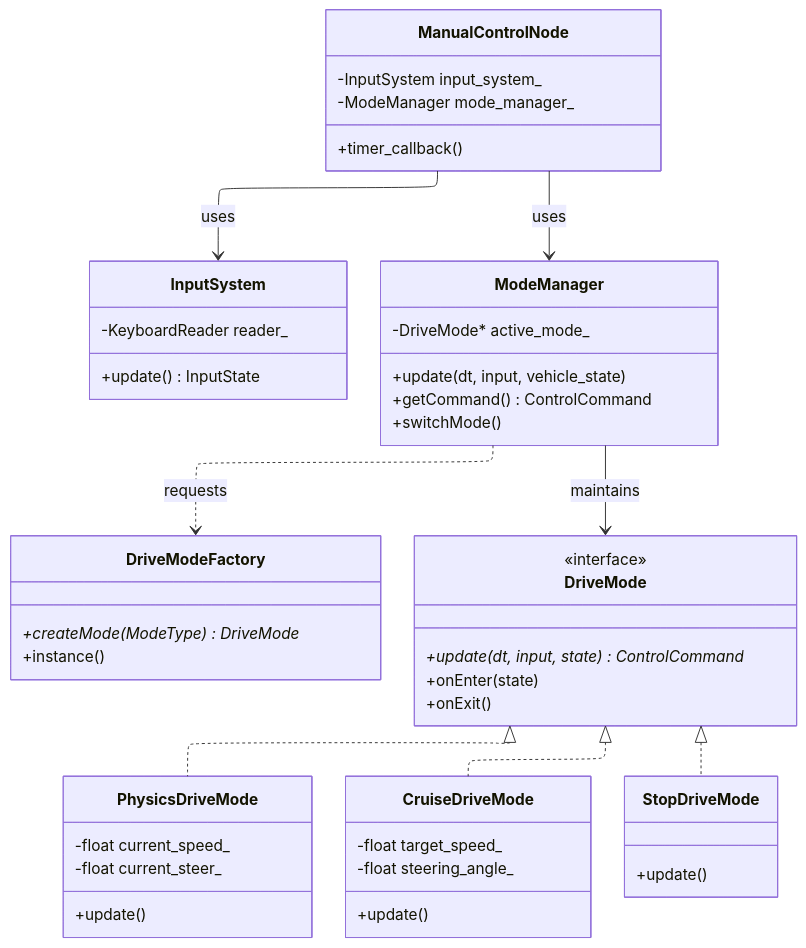
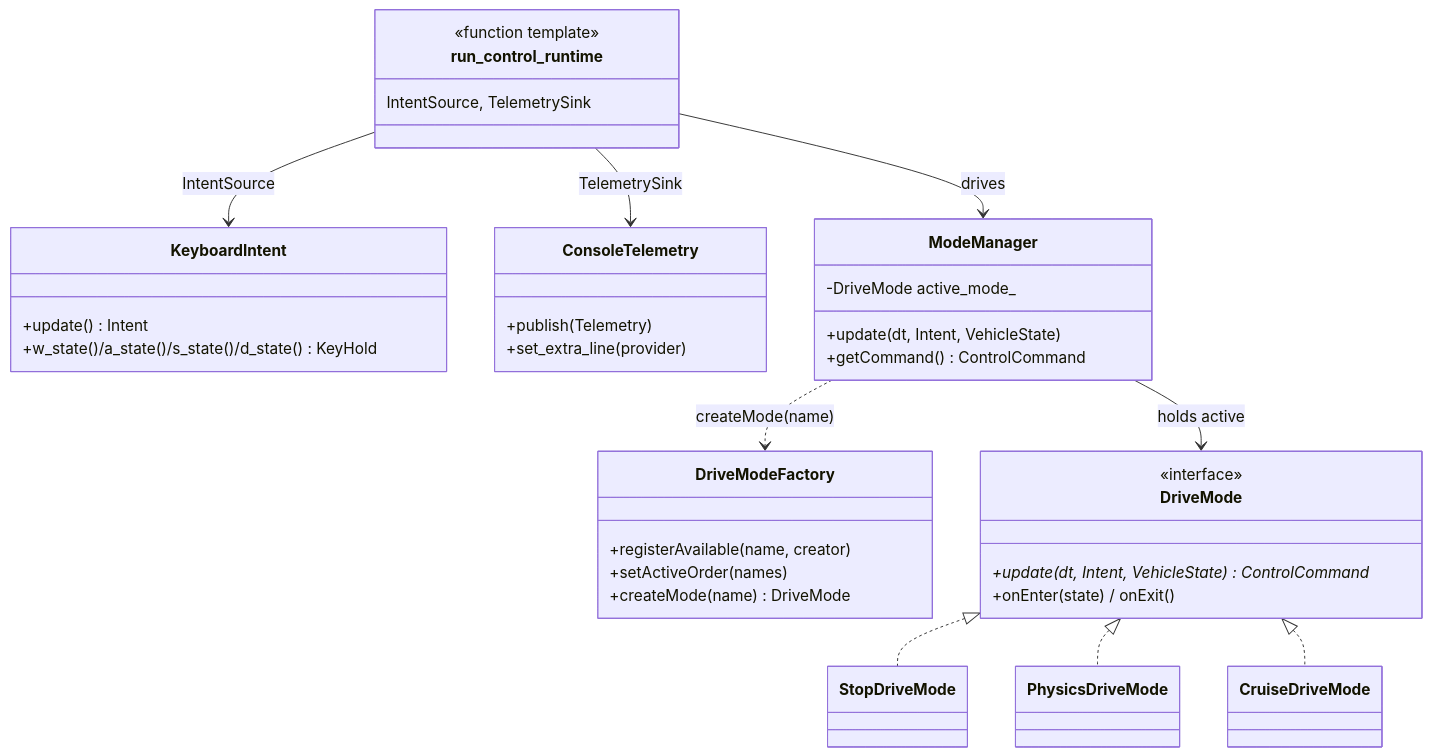
One commit to evshary/autoware_manual_control changed the second of 2 diagrams in README.md. Above: the diagram before and after it, drawn with Mermaid. The commit also changed other lines of this file and 23 other files, not shown here.

First line of the commit message:
feat: config-driven modes, operator-mode control, and a intent-telemetry layer (#10)

````diff
--- a/README.md
+++ b/README.md
@@ -176,64 +194,42 @@
 ```mermaid
----
-config:
-  layout: elk
----
 classDiagram
-    %% Core Components
-    class ManualControlNode {
-        -InputSystem input_system_
-        -ModeManager mode_manager_
-        +timer_callback()
+    class run_control_runtime {
+        <<function template>>
+        IntentSource, TelemetrySink
     }
-
-    class InputSystem {
-        -KeyboardReader reader_
-        +update() InputState
+    class KeyboardIntent {
+        +update() Intent
+        +w_state()/a_state()/s_state()/d_state() KeyHold
     }
-
+    class ConsoleTelemetry {
+        +publish(Telemetry)
+        +set_extra_line(provider)
+    }
     class ModeManager {
-        -DriveMode* active_mode_
-        +update(dt, input, vehicle_state)
+        -DriveMode active_mode_
+        +update(dt, Intent, VehicleState)
         +getCommand() ControlCommand
-        +switchMode()
     }
-
     class DriveModeFactory {
-        +createMode(ModeType) DriveMode*
-        +instance()
+        +registerAvailable(name, creator)
+        +setActiveOrder(names)
+        +createMode(name) DriveMode
     }
-
-    %% Drive Modes Strategy
     class DriveMode {
         <<interface>>
-        +update(dt, input, state)* ControlCommand
-        +onEnter(state)
-        +onExit()
+        +update(dt, Intent, VehicleState)* ControlCommand
+        +onEnter(state) / onExit()
     }
+    class StopDriveMode
+    class PhysicsDriveMode
+    class CruiseDriveMode
 
-    %% Concrete Implementations
-    class PhysicsDriveMode {
-        -float current_speed_
-        -float current_steer_
-        +update()
-    }
-
-    class CruiseDriveMode {
-        -float target_speed_
-        -float steering_angle_
-        +update()
-    }
-
-    class StopDriveMode {
-        +update()
-    }
-
-    %% Relationships
-    ManualControlNode --> InputSystem : uses
-    ManualControlNode --> ModeManager : uses
-    ModeManager ..> DriveModeFactory : requests
-    ModeManager --> DriveMode : maintains
+    run_control_runtime --> KeyboardIntent : IntentSource
+    run_control_runtime --> ConsoleTelemetry : TelemetrySink
+    run_control_runtime --> ModeManager : drives
+    ModeManager ..> DriveModeFactory : createMode(name)
+    ModeManager --> DriveMode : holds active
+    DriveMode <|.. StopDriveMode
     DriveMode <|.. PhysicsDriveMode
     DriveMode <|.. CruiseDriveMode
-    DriveMode <|.. StopDriveMode
 ```
````
